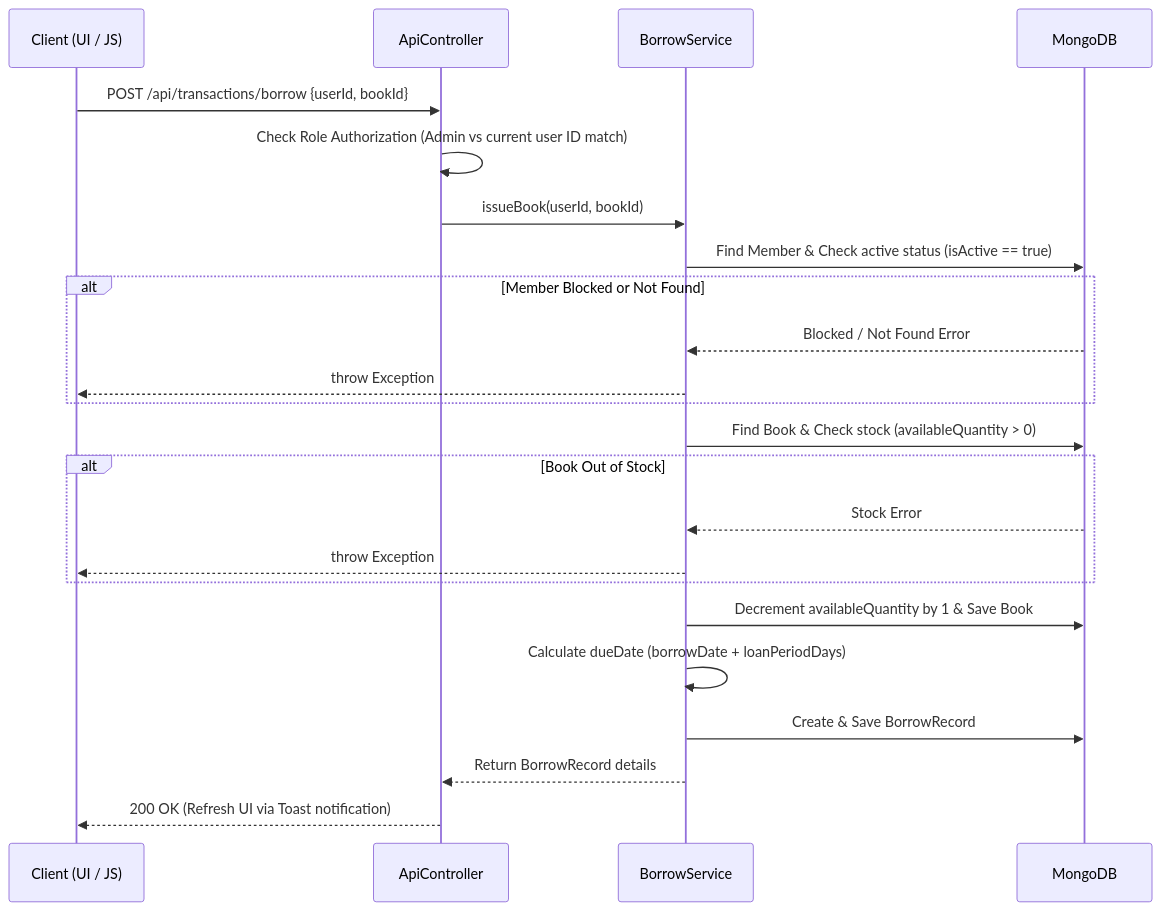
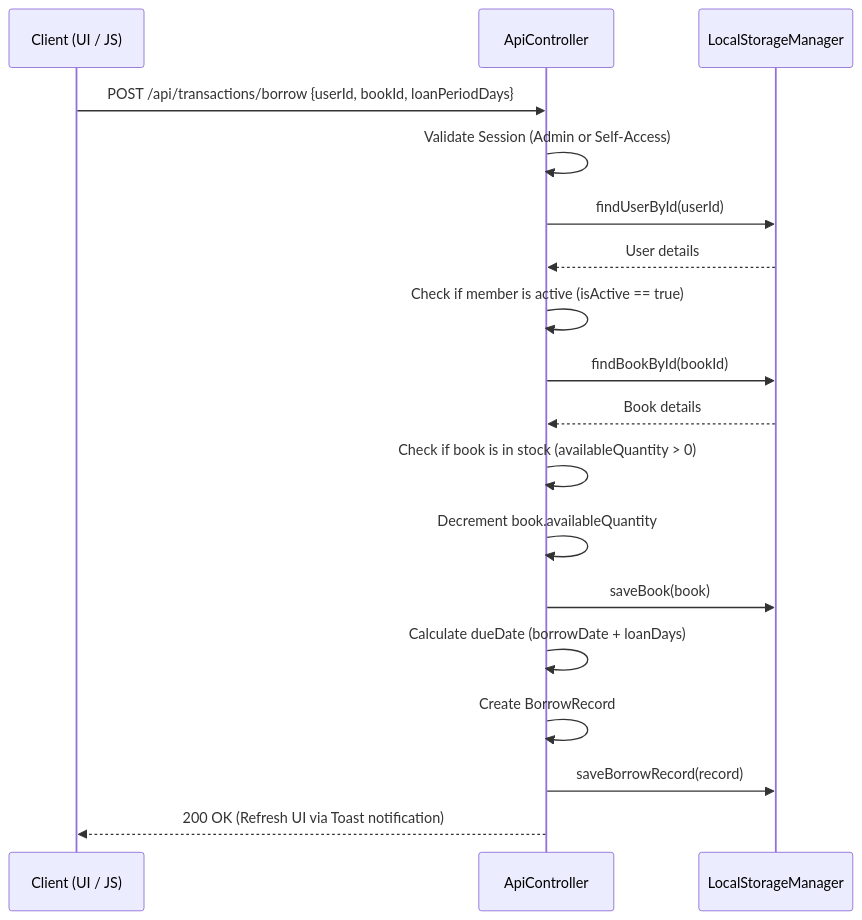
Before and after one commit to vansh16soni/LibManage_Java: the third of 4 diagrams in README.md, drawn with Mermaid. The commit also changed other lines of this file, not shown here.

Commit message:
docs: update README.md to match actual project implementation

````diff
--- a/README.md
+++ b/README.md
@@ -178,29 +164,25 @@
 ```mermaid
 sequenceDiagram
     participant C as Client (UI / JS)
     participant API as ApiController
-    participant BS as BorrowService
-    participant DB as MongoDB
+    participant SM as LocalStorageManager
     
-    C->>API: POST /api/transactions/borrow {userId, bookId}
-    API->>API: Check Role Authorization (Admin vs current user ID match)
-    API->>BS: issueBook(userId, bookId)
+    C->>API: POST /api/transactions/borrow {userId, bookId, loanPeriodDays}
+    API->>API: Validate Session (Admin or Self-Access)
+    API->>SM: findUserById(userId)
+    SM-->>API: User details
+    API->>API: Check if member is active (isActive == true)
     
-    BS->>DB: Find Member & Check active status (isActive == true)
-    alt Member Blocked or Not Found
-        DB-->>BS: Blocked / Not Found Error
-        BS-->>C: throw Exception
-    end
+    API->>SM: findBookById(bookId)
+    SM-->>API: Book details
+    API->>API: Check if book is in stock (availableQuantity > 0)
     
-    BS->>DB: Find Book & Check stock (availableQuantity > 0)
-    alt Book Out of Stock
-        DB-->>BS: Stock Error
-        BS-->>C: throw Exception
-    end
+    API->>API: Decrement book.availableQuantity
+    API->>SM: saveBook(book)
     
-    BS->>DB: Decrement availableQuantity by 1 & Save Book
-    BS->>BS: Calculate dueDate (borrowDate + loanPeriodDays)
-    BS->>DB: Create & Save BorrowRecord
-    BS-->>API: Return BorrowRecord details
+    API->>API: Calculate dueDate (borrowDate + loanDays)
+    API->>API: Create BorrowRecord
+    API->>SM: saveBorrowRecord(record)
+    
     API-->>C: 200 OK (Refresh UI via Toast notification)
 ```
````
